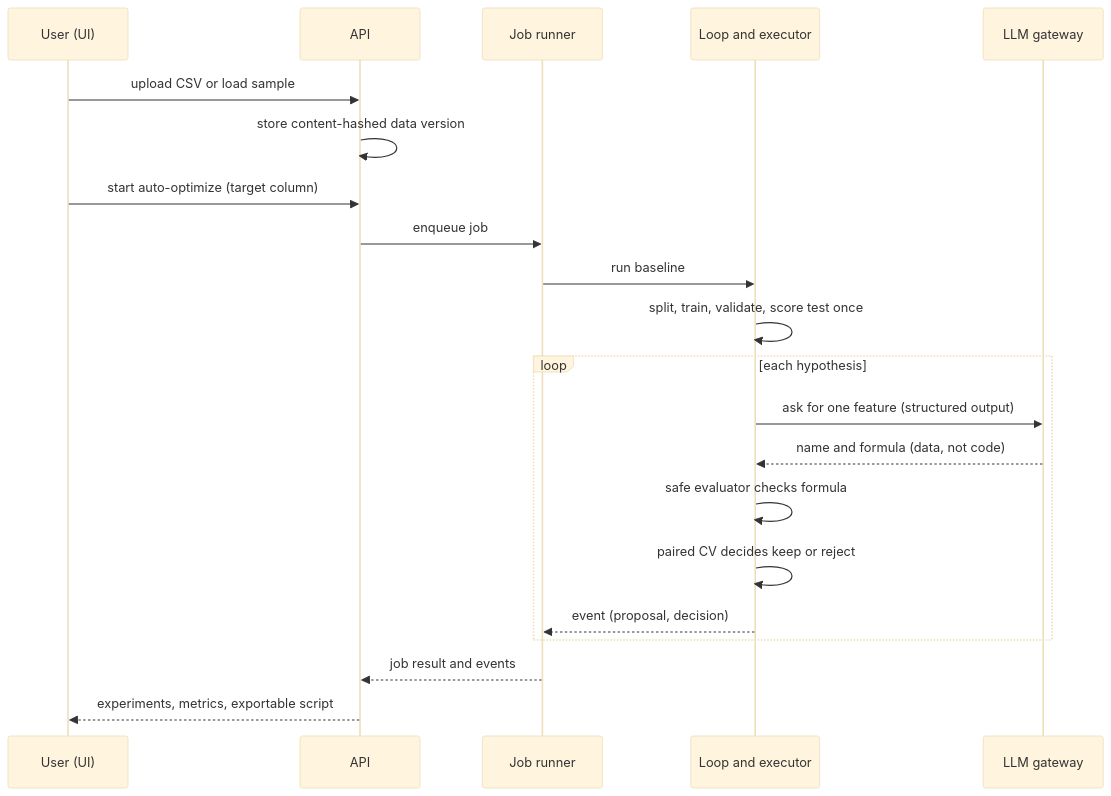
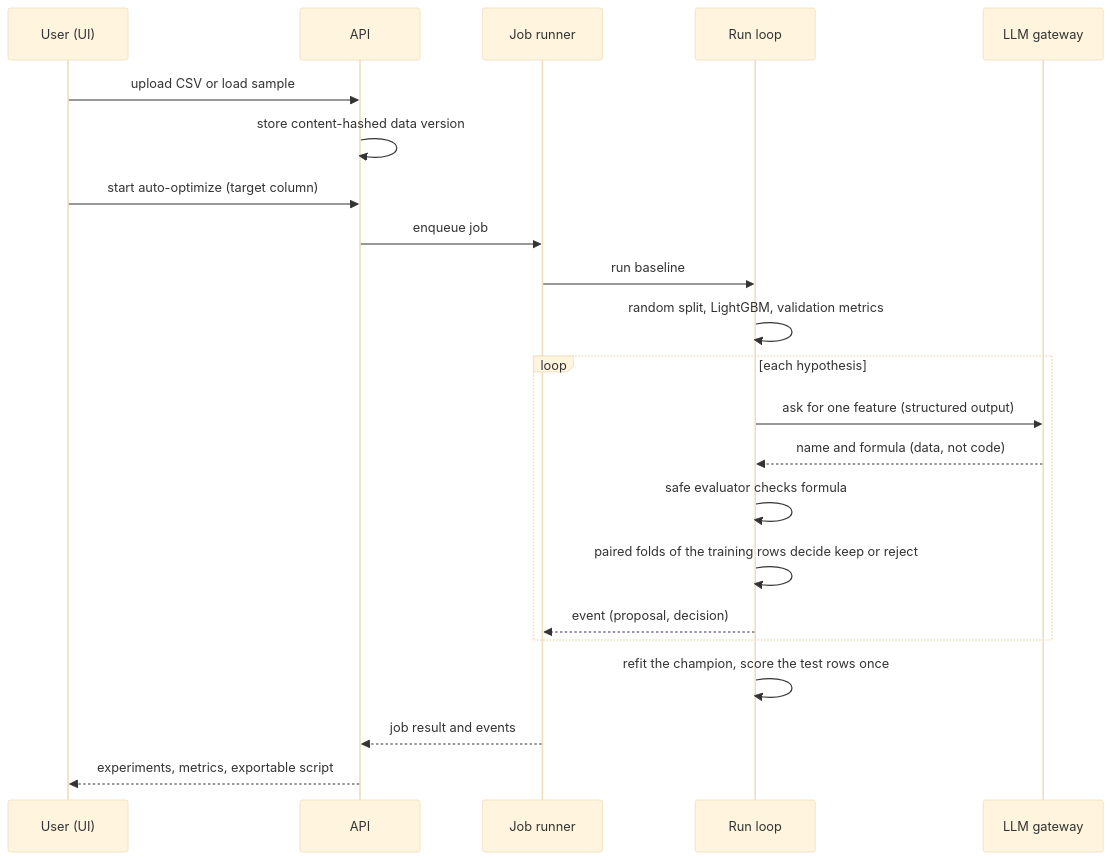
Before and after one commit to Harsh-Yadav-664/ML-Pilot: the second of 4 diagrams in docs/architecture.md, drawn with Mermaid (base theme). The commit also changed other lines of this file and 29 other files, not shown here.

````diff
--- a/docs/architecture.md
+++ b/docs/architecture.md
@@ -63,23 +63,24 @@
 ```mermaid
 sequenceDiagram
     participant U as User (UI)
     participant A as API
     participant J as Job runner
-    participant L as Loop and executor
+    participant L as Run loop
     participant G as LLM gateway
     U->>A: upload CSV or load sample
     A->>A: store content-hashed data version
     U->>A: start auto-optimize (target column)
     A->>J: enqueue job
     J->>L: run baseline
-    L->>L: split, train, validate, score test once
+    L->>L: random split, LightGBM, validation metrics
     loop each hypothesis
         L->>G: ask for one feature (structured output)
         G-->>L: name and formula (data, not code)
         L->>L: safe evaluator checks formula
-        L->>L: paired CV decides keep or reject
+        L->>L: paired folds of the training rows decide keep or reject
         L-->>J: event (proposal, decision)
     end
+    L->>L: refit the champion, score the test rows once
     J-->>A: job result and events
     A-->>U: experiments, metrics, exportable script
 ```
````
